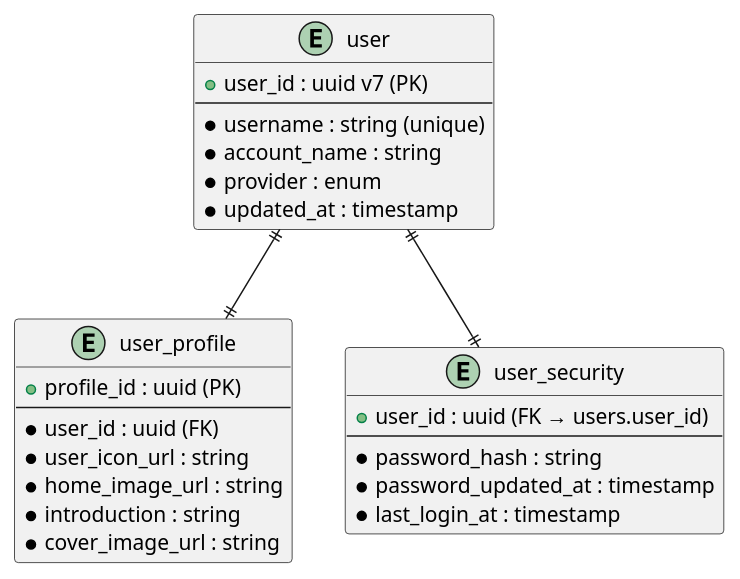
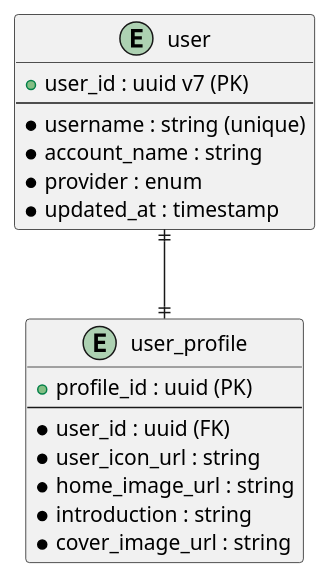
Before and after one commit to POPOTINESU/GrowthSphere: the diagram in go/services/users/docs/userSchema.pu, drawn with PlantUML. The commit also changed 4 other files, not shown here.

Commit message:
doc: Add Schema and class diagram

```diff
--- a/go/services/users/docs/userSchema.pu
+++ b/go/services/users/docs/userSchema.pu
@@ -1,32 +1,24 @@
 @startuml
 
 entity "user" as User {
     + user_id : uuid v7 (PK)
     --
     * username : string (unique)
     * account_name : string
     * provider : enum
     * updated_at : timestamp
 }
 
 entity "user_profile" as UserProfile {
     + profile_id : uuid (PK)
     --
     * user_id : uuid (FK)
     * user_icon_url : string
     * home_image_url : string
     * introduction : string
     * cover_image_url : string
 }
 
-entity "user_security" as UserSecurity {
-    + user_id : uuid (FK → users.user_id)
-    --
-    * password_hash : string
-    * password_updated_at : timestamp
-    * last_login_at : timestamp
-}
 
 User ||--|| UserProfile
-User ||--|| UserSecurity
 @enduml
```
